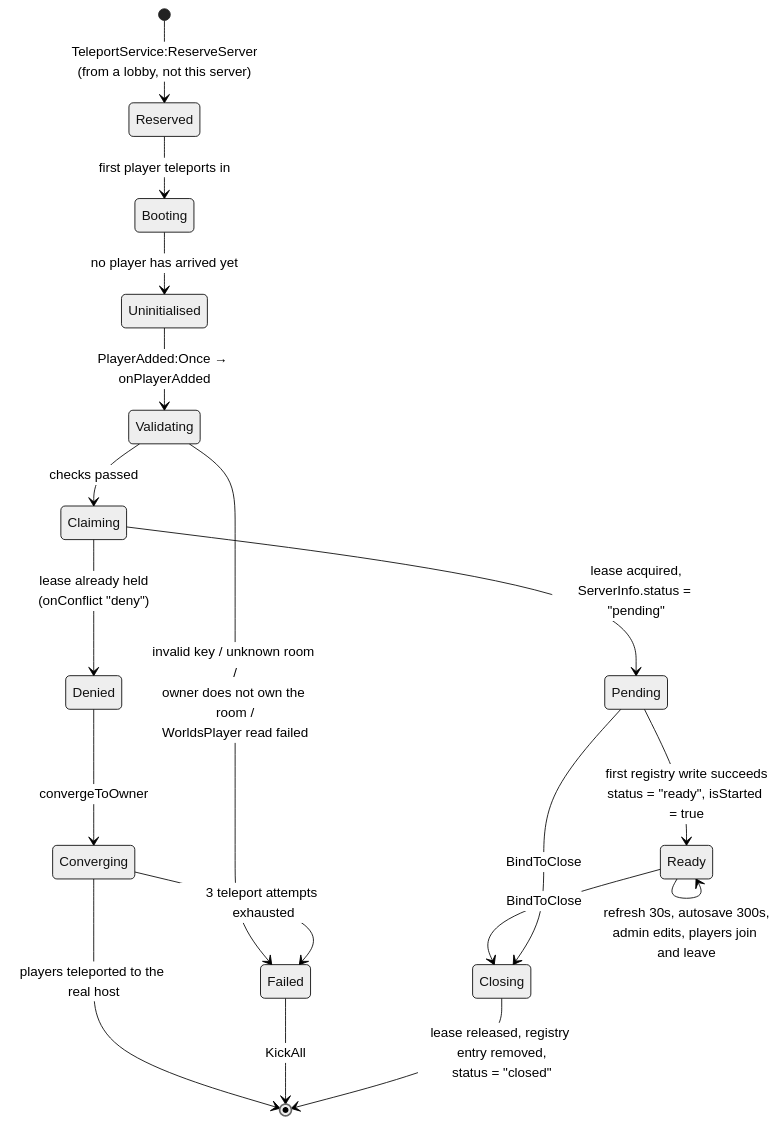
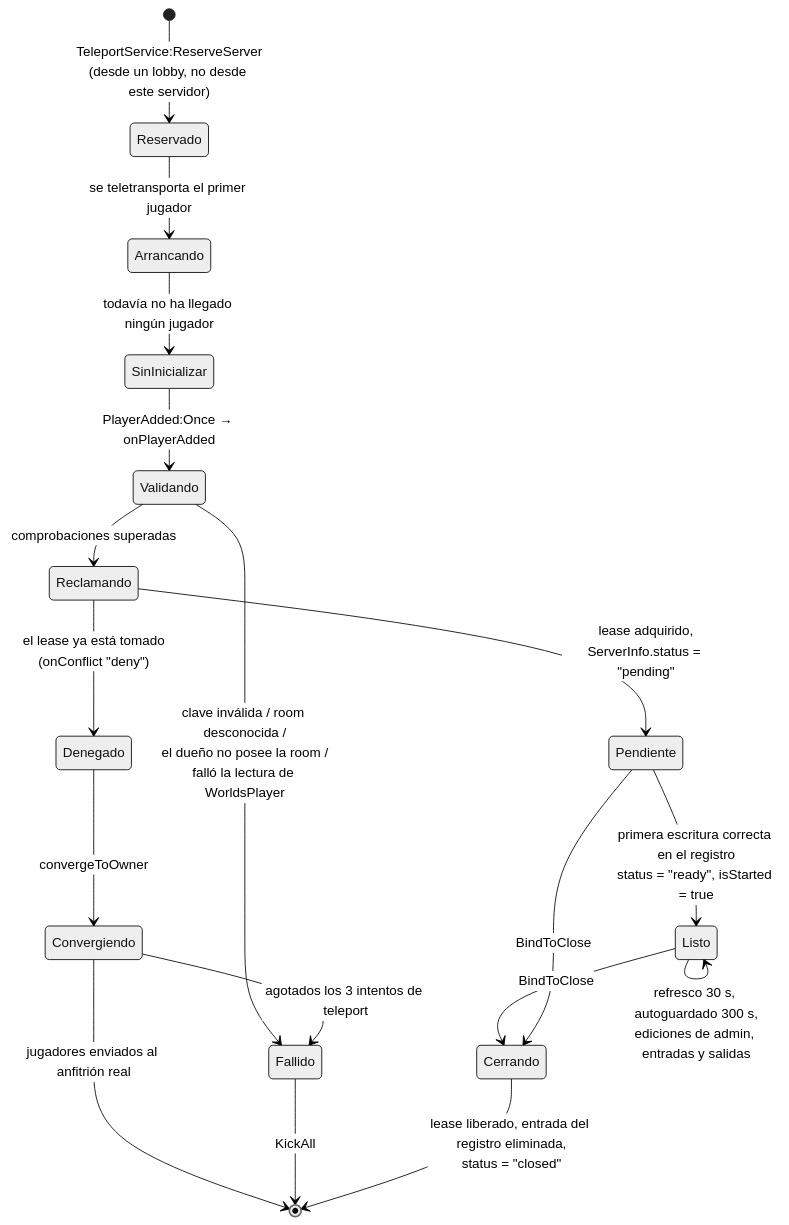
The first of 2 diagrams in docs/systems/housing/server-lifecycle.md (Arclyne/voz-hispana), drawn with Mermaid (neutral theme) before and after one commit. The commit also changed other lines of this file and 6 other files, not shown here.

````diff
--- a/docs/systems/housing/server-lifecycle.md
+++ b/docs/systems/housing/server-lifecycle.md
@@ -14,25 +14,25 @@
 ```mermaid
 stateDiagram-v2
-    [*] --> Reserved: TeleportService:ReserveServer<br/>(from a lobby, not this server)
-    Reserved --> Booting: first player teleports in
-    Booting --> Uninitialised: no player has arrived yet
+    [*] --> Reservado: TeleportService:ReserveServer<br/>(desde un lobby, no desde este servidor)
+    Reservado --> Arrancando: se teletransporta el primer jugador
+    Arrancando --> SinInicializar: todavía no ha llegado ningún jugador
 
-    Uninitialised --> Validating: PlayerAdded:Once → onPlayerAdded
-    Validating --> Failed: invalid key / unknown room /<br/>owner does not own the room /<br/>WorldsPlayer read failed
-    Validating --> Claiming: checks passed
+    SinInicializar --> Validando: PlayerAdded:Once → onPlayerAdded
+    Validando --> Fallido: clave inválida / room desconocida /<br/>el dueño no posee la room /<br/>falló la lectura de WorldsPlayer
+    Validando --> Reclamando: comprobaciones superadas
 
-    Claiming --> Denied: lease already held<br/>(onConflict "deny")
-    Claiming --> Pending: lease acquired,<br/>ServerInfo.status = "pending"
+    Reclamando --> Denegado: el lease ya está tomado<br/>(onConflict "deny")
+    Reclamando --> Pendiente: lease adquirido,<br/>ServerInfo.status = "pending"
 
-    Denied --> Converging: convergeToOwner
-    Converging --> [*]: players teleported to the real host
-    Converging --> Failed: 3 teleport attempts exhausted
+    Denegado --> Convergiendo: convergeToOwner
+    Convergiendo --> [*]: jugadores enviados al anfitrión real
+    Convergiendo --> Fallido: agotados los 3 intentos de teleport
 
-    Pending --> Ready: first registry write succeeds<br/>status = "ready", isStarted = true
-    Ready --> Ready: refresh 30s, autosave 300s,<br/>admin edits, players join and leave
+    Pendiente --> Listo: primera escritura correcta en el registro<br/>status = "ready", isStarted = true
+    Listo --> Listo: refresco 30 s, autoguardado 300 s,<br/>ediciones de admin, entradas y salidas
 
-    Ready --> Closing: BindToClose
-    Pending --> Closing: BindToClose
-    Failed --> [*]: KickAll
-    Closing --> [*]: lease released, registry entry removed,<br/>status = "closed"
+    Listo --> Cerrando: BindToClose
+    Pendiente --> Cerrando: BindToClose
+    Fallido --> [*]: KickAll
+    Cerrando --> [*]: lease liberado, entrada del registro eliminada,<br/>status = "closed"
 ```
````
